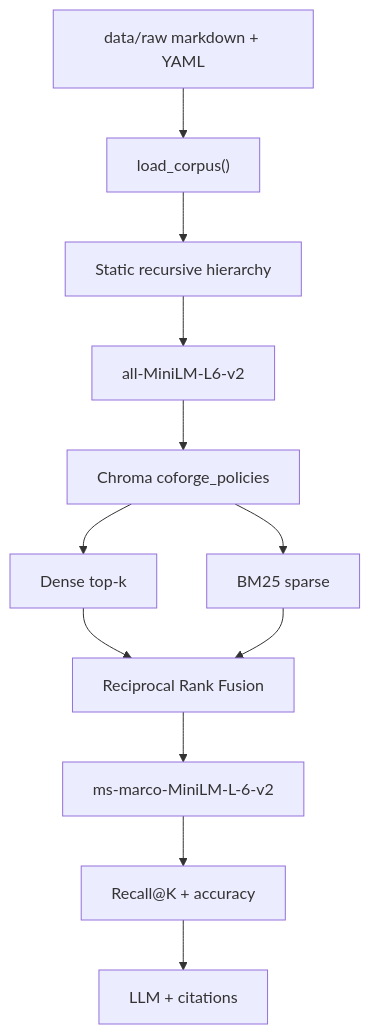
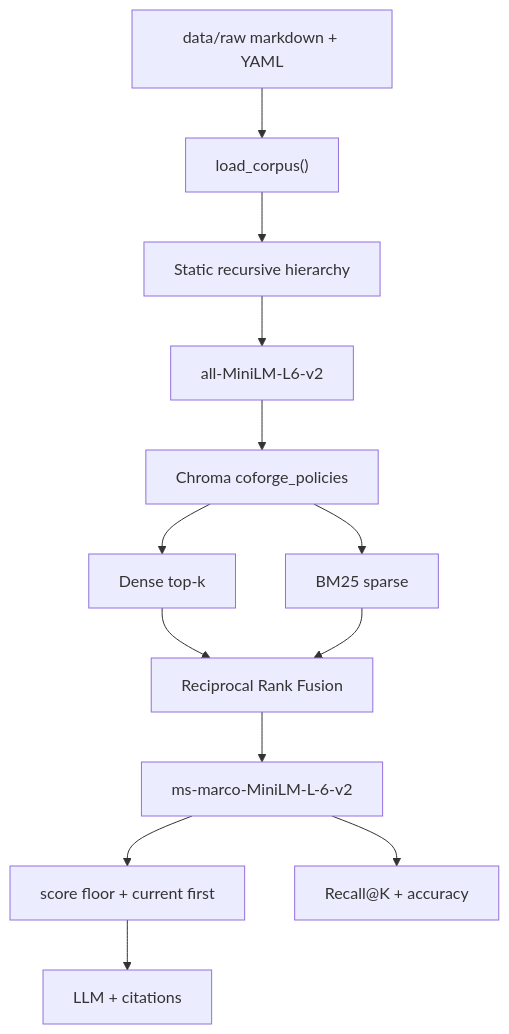
One commit to vidhikansara26/policy_ragbot changed the diagram in docs/architecture.md. Above: the diagram before and after it, drawn with Mermaid. The commit also changed other lines of this file and 14 other files, not shown here.

````diff
--- a/docs/architecture.md
+++ b/docs/architecture.md
@@ -202,21 +251,23 @@
 ```mermaid
 flowchart TD
   raw["data/raw markdown + YAML"]
   load["load_corpus()"]
   chunk["Static recursive hierarchy"]
   embed["all-MiniLM-L6-v2"]
   chroma["Chroma coforge_policies"]
   dense["Dense top-k"]
   bm25["BM25 sparse"]
   rrf["Reciprocal Rank Fusion"]
   rerank["ms-marco-MiniLM-L-6-v2"]
+  safety["score floor + current first"]
   gen["LLM + citations"]
   eval["Recall@K + accuracy"]
 
   raw --> load --> chunk --> embed --> chroma
   chroma --> dense
   chroma --> bm25
   dense --> rrf
   bm25 --> rrf
-  rrf --> rerank --> eval --> gen
+  rrf --> rerank --> eval
+  rerank --> safety --> gen
 ```
````
